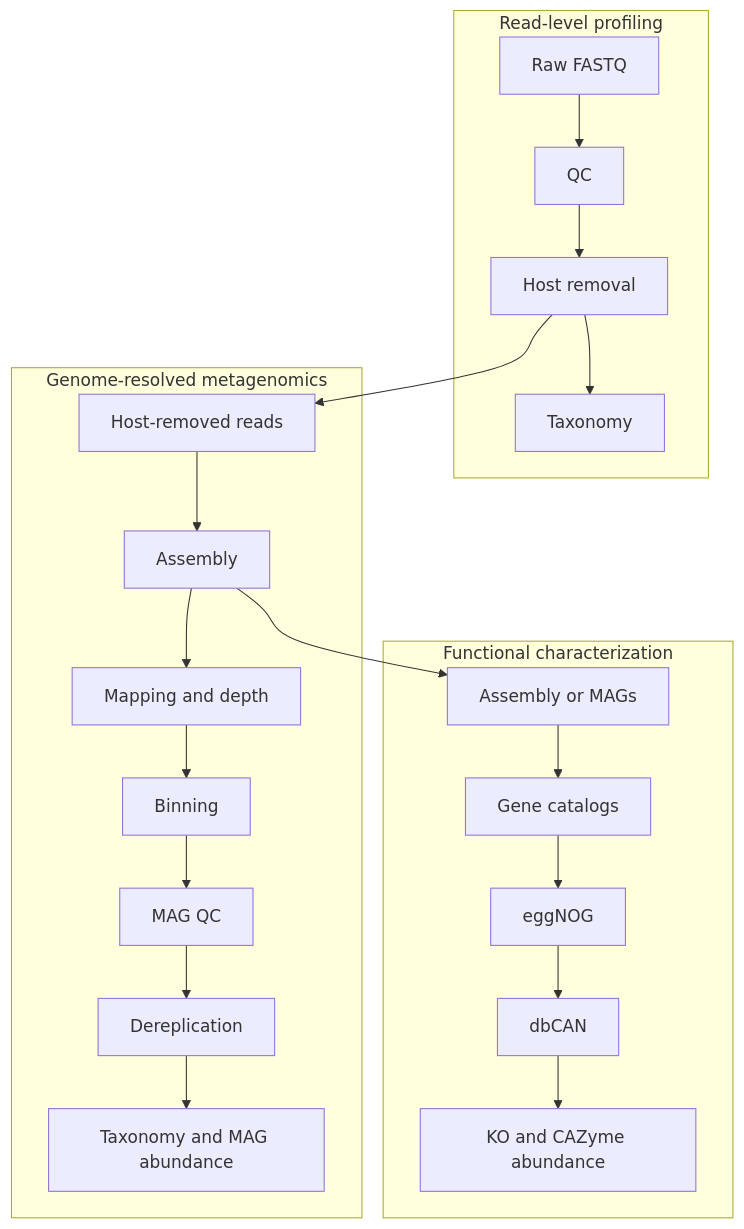
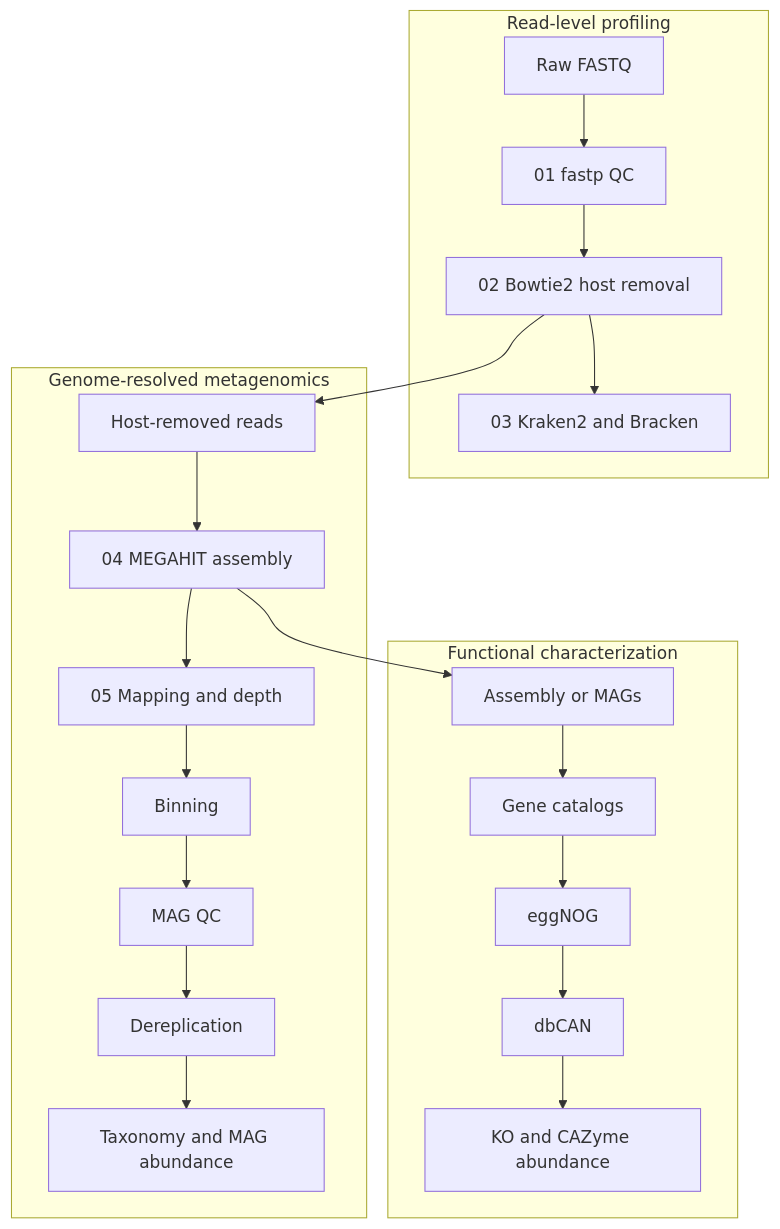
Before and after one commit to JunyongWang/chicken-gut-metagenomics-pipeline: the diagram in docs/workflow.md, drawn with Mermaid. The commit also changed other lines of this file and 26 other files, not shown here.

````diff
--- a/docs/workflow.md
+++ b/docs/workflow.md
@@ -5,20 +5,20 @@
 ```mermaid
 flowchart TB
     accTitle: Conceptual metagenomics workflow
     accDescr: Three connected conceptual paths show read-level profiling, genome-resolved analysis, and functional characterization without implementation details.
 
     subgraph read_level ["Read-level profiling"]
-        raw_fastq["Raw FASTQ"] --> qc["QC"] --> host_removal["Host removal"] --> taxonomy["Taxonomy"]
+        raw_fastq["Raw FASTQ"] --> qc["01 fastp QC"] --> host_removal["02 Bowtie2 host removal"] --> taxonomy["03 Kraken2 and Bracken"]
     end
 
     subgraph genome_resolved ["Genome-resolved metagenomics"]
-        host_removed_reads["Host-removed reads"] --> assembly["Assembly"] --> mapping_depth["Mapping and depth"] --> binning["Binning"] --> mag_qc["MAG QC"] --> dereplication["Dereplication"] --> mag_taxonomy["Taxonomy and MAG abundance"]
+        host_removed_reads["Host-removed reads"] --> assembly["04 MEGAHIT assembly"] --> mapping_depth["05 Mapping and depth"] --> binning["Binning"] --> mag_qc["MAG QC"] --> dereplication["Dereplication"] --> mag_taxonomy["Taxonomy and MAG abundance"]
     end
 
     subgraph functional ["Functional characterization"]
         assembly_mags["Assembly or MAGs"] --> gene_catalogs["Gene catalogs"] --> eggnog["eggNOG"] --> dbcan["dbCAN"] --> functional_abundance["KO and CAZyme abundance"]
     end
 
     host_removal --> host_removed_reads
     assembly --> assembly_mags
 ```
````
